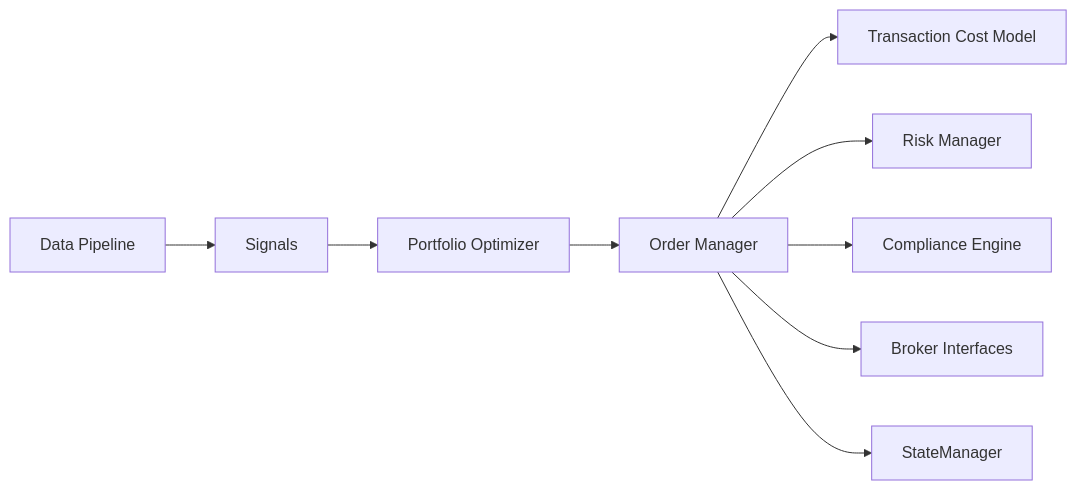
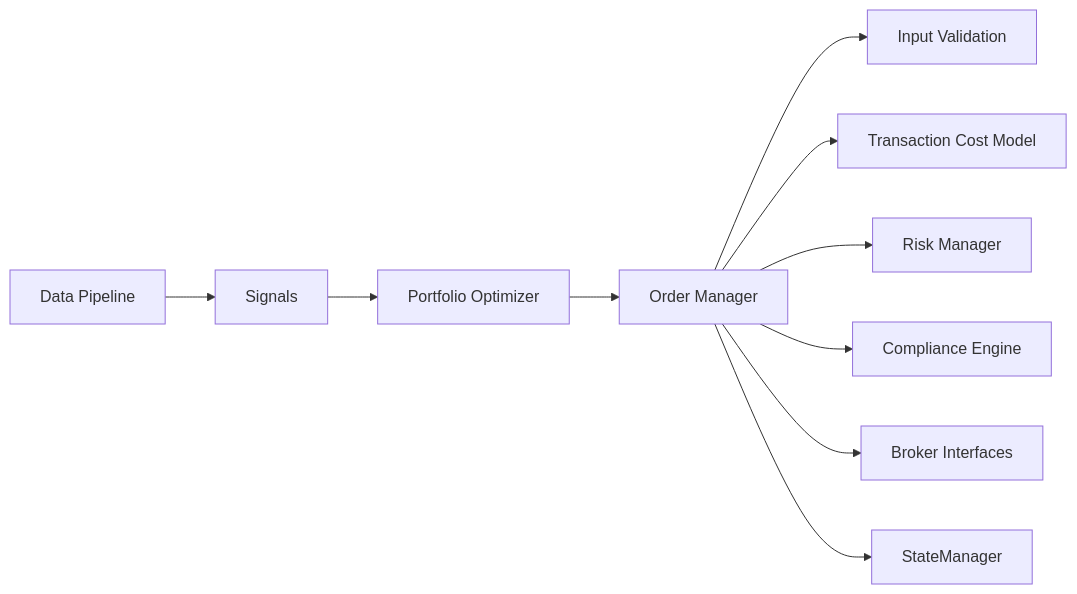
The tenth of 13 diagrams in .qoder/repowiki/en/content/Execution and Compliance.md (guofeng201507/shark-quant-trader), drawn with Mermaid before and after one commit. The commit also changed other lines of this file and 14 other files, not shown here.

````diff
--- a/.qoder/repowiki/en/content/Execution and Compliance.md
+++ b/.qoder/repowiki/en/content/Execution and Compliance.md
@@ -336,11 +408,12 @@
 ```mermaid
 graph LR
 Data["Data Pipeline"] --> Signals["Signals"]
 Signals --> Portfolio["Portfolio Optimizer"]
 Portfolio --> Orders["Order Manager"]
+Orders --> Valid["Input Validation"]
 Orders --> Cost["Transaction Cost Model"]
 Orders --> Risk["Risk Manager"]
 Orders --> Compliance["Compliance Engine"]
 Orders --> Brokers["Broker Interfaces"]
 Orders --> State["StateManager"]
 ```
````
